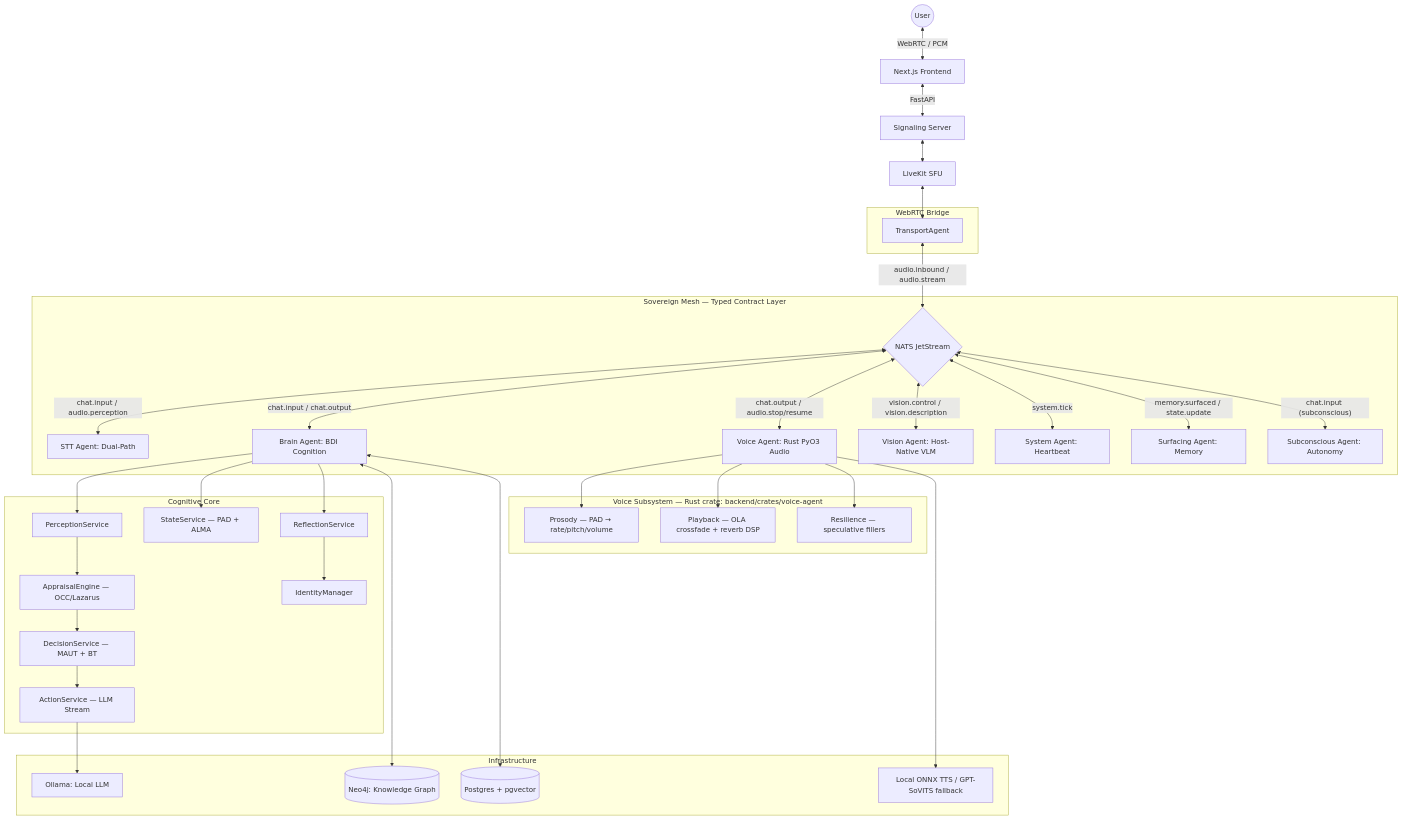
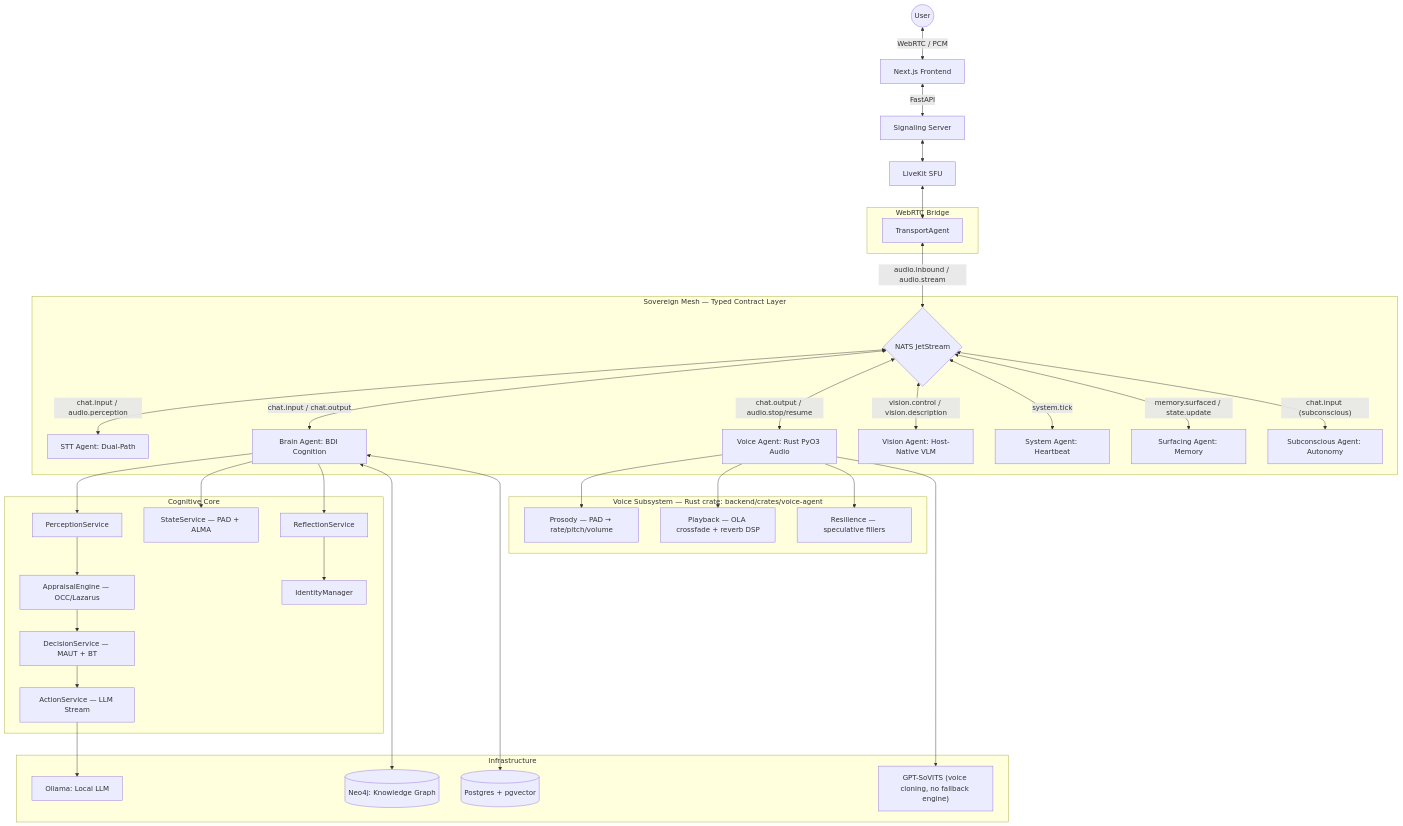
Before and after one commit to Aniket-a14/AI_friend: the first of 2 diagrams in README.md, drawn with Mermaid. The commit also changed other lines of this file and 11 other files, not shown here.

First line of the commit message:
feat(voice): no-fallback resilience + emotion-selected reference clips for GPT-SoVITS

````diff
--- a/README.md
+++ b/README.md
@@ -67,54 +67,54 @@
 ```mermaid
 graph TD
     User((User)) <--> |"WebRTC / PCM"| Frontend["Next.js Frontend"]
     Frontend <--> |"FastAPI"| Signaling["Signaling Server"]
 
     subgraph "WebRTC Bridge"
         Transport["TransportAgent"]
     end
 
     Signaling <--> LK["LiveKit SFU"]
     LK <--> Transport
 
     subgraph "Sovereign Mesh — Typed Contract Layer"
         Transport <--> |"audio.inbound / audio.stream"| Bus{"NATS JetStream"}
         Bus <--> |"chat.input / audio.perception"| STT["STT Agent: Dual-Path"]
         Bus <--> |"chat.input / chat.output"| Brain["Brain Agent: BDI Cognition"]
         Bus <--> |"chat.output / audio.stop/resume"| Voice["Voice Agent: Rust PyO3 Audio"]
         Bus <--> |"vision.control / vision.description"| Vision["Vision Agent: Host-Native VLM"]
         Bus <--> |"system.tick"| Pulse["System Agent: Heartbeat"]
         Bus <--> |"memory.surfaced / state.update"| Recall["Surfacing Agent: Memory"]
         Bus <--> |"chat.input (subconscious)"| Subconscious["Subconscious Agent: Autonomy"]
     end
 
     subgraph "Cognitive Core"
         Perception["PerceptionService"]
         Appraisal["AppraisalEngine — OCC/Lazarus"]
         Decision["DecisionService — MAUT + BT"]
         Action["ActionService — LLM Stream"]
         State["StateService — PAD + ALMA"]
         Learning["ReflectionService"]
         Identity["IdentityManager"]
     end
 
     Brain --> Perception --> Appraisal --> Decision --> Action
     Brain --> State
     Brain --> Learning --> Identity
 
     subgraph "Voice Subsystem — Rust crate: backend/crates/voice-agent"
         Prosody["Prosody — PAD → rate/pitch/volume"]
         Playback["Playback — OLA crossfade + reverb DSP"]
         Resilience["Resilience — speculative fillers"]
     end
 
     Voice --> Prosody
     Voice --> Playback
     Voice --> Resilience
 
     subgraph "Infrastructure"
         Brain <--> Neo4j[("Neo4j: Knowledge Graph")]
         Brain <--> Postgres[("Postgres + pgvector")]
         Action --> Ollama["Ollama: Local LLM"]
-        Voice --> LocalONNX["Local ONNX TTS / GPT-SoVITS fallback"]
+        Voice --> SoVITS["GPT-SoVITS (voice cloning, no fallback engine)"]
     end
 ```
````
